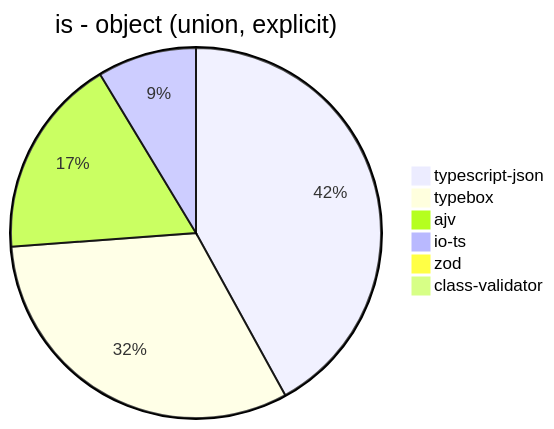
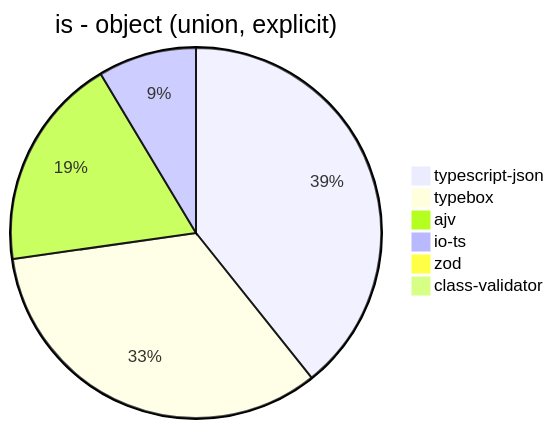
The third of 38 diagrams in benchmark/results/11th Gen Intel(R) Core(TM) i5-1135G7 @ 2.40GHz.md (samchon/typia), drawn with Mermaid before and after one commit. The commit also changed other lines of this file and 364 other files, not shown here.

````diff
--- a/benchmark/results/11th Gen Intel(R) Core(TM) i5-1135G7 @ 2.40GHz.md
+++ b/benchmark/results/11th Gen Intel(R) Core(TM) i5-1135G7 @ 2.40GHz.md
@@ -43,9 +43,9 @@
 ```mermaid
 pie title is - object (union, explicit)
-  "typescript-json": 16044.460509669256
-  "typebox": 12158.848813305924
-  "ajv": 6694.100240429073
-  "io-ts": 3306.3923585598823
-  "zod": 32.83527024534219
-  "class-validator": 16.01914932793224
+  "typescript-json": 14120.432321152857
+  "typebox": 12038.390550018457
+  "ajv": 6705.750560119493
+  "io-ts": 3091.126217159655
+  "zod": 33.327092304811835
+  "class-validator": 15.687015687015686
 ```
````
